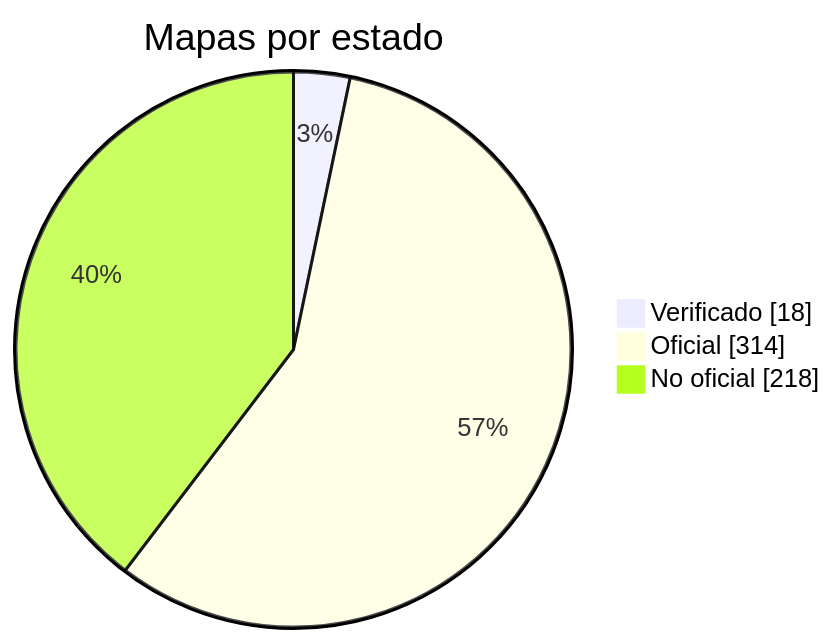
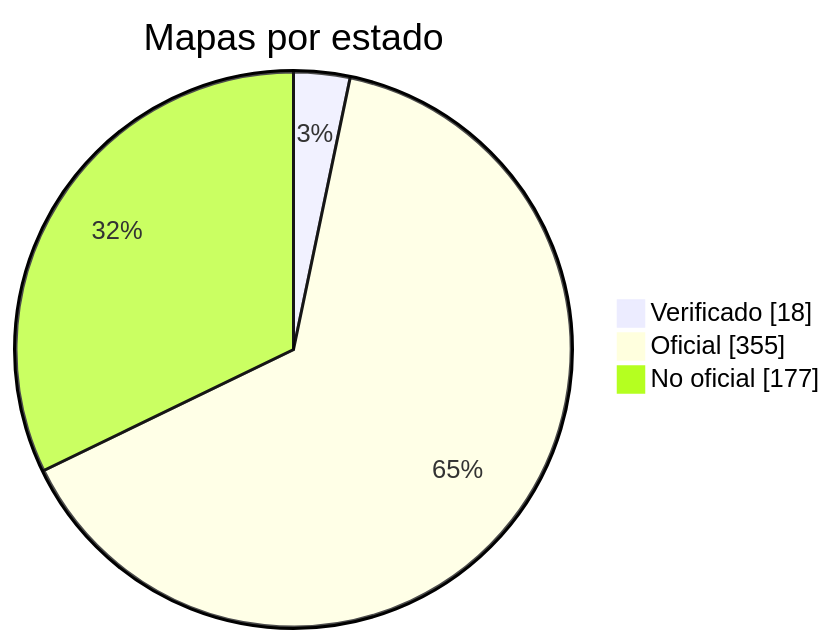
One commit to nobrega8/mbmap-library changed the diagram in docs/readme/README_ES.md. Above: the diagram before and after it, drawn with Mermaid. The commit also changed 49 other files, not shown here.

````diff
--- a/docs/readme/README_ES.md
+++ b/docs/readme/README_ES.md
@@ -54,7 +54,7 @@
 ```mermaid
 pie showData
     title Mapas por estado
     "Verificado" : 18
-    "Oficial" : 314
-    "No oficial" : 218
+    "Oficial" : 355
+    "No oficial" : 177
 ```
````
